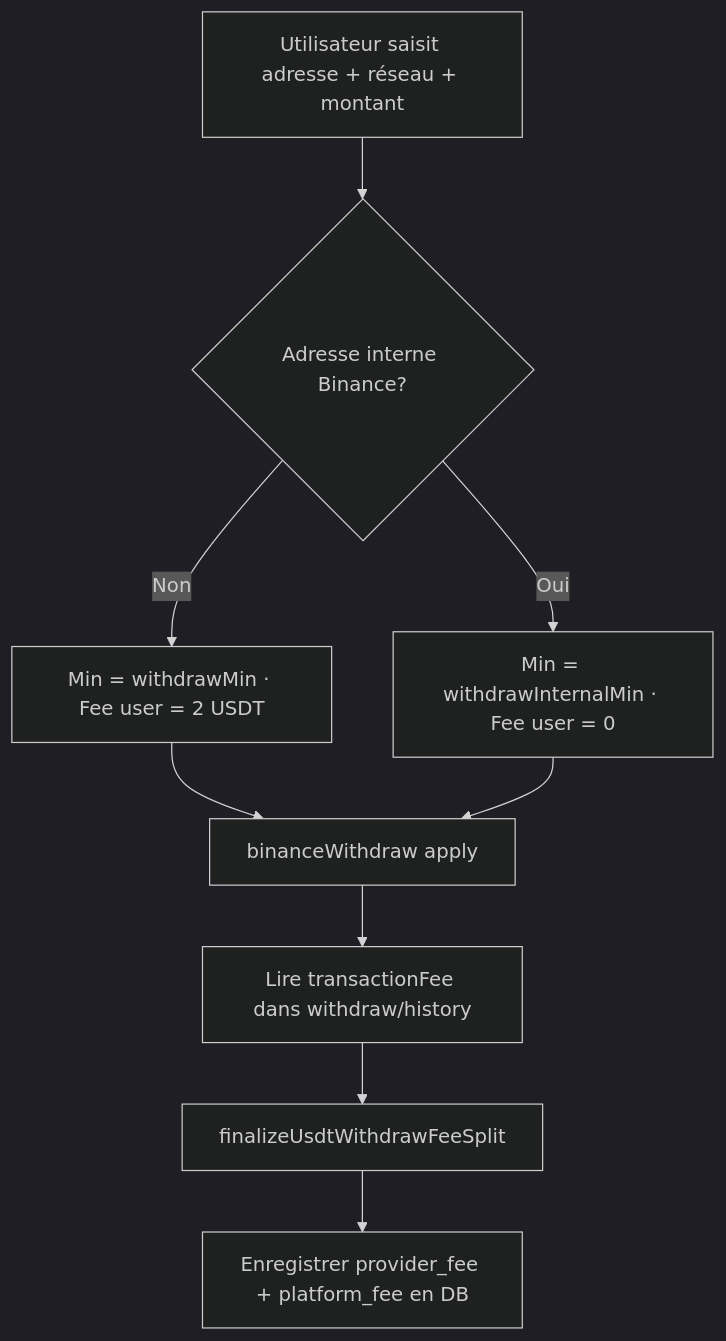
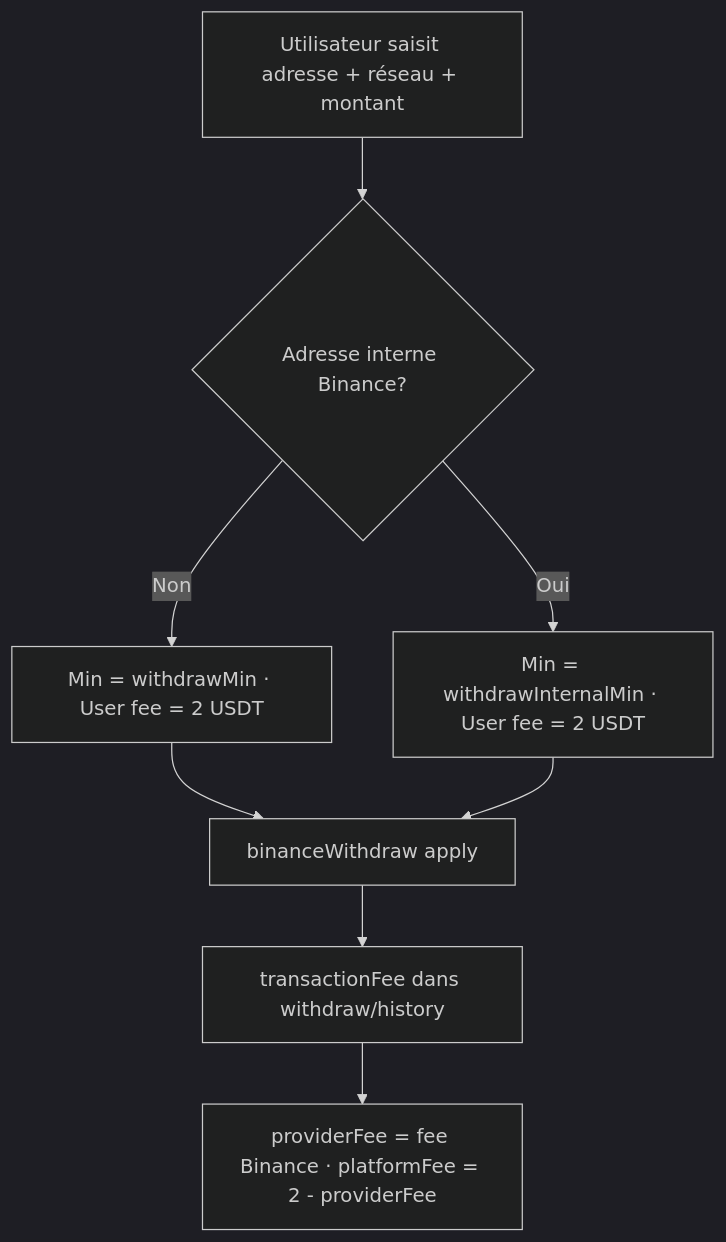
The diagram in docs/binance-withdraw-network-fees.md (Jeffbuleli/McBuleliP2P), drawn with Mermaid (dark theme) before and after one commit. The commit also changed other lines of this file and 6 other files, not shown here.

First line of the commit message:
fix(wallet): keep 2 USDT user fee on all USDT withdrawals

````diff
--- a/docs/binance-withdraw-network-fees.md
+++ b/docs/binance-withdraw-network-fees.md
@@ -198,11 +202,10 @@
 ```mermaid
 flowchart TD
   A[Utilisateur saisit adresse + réseau + montant] --> B{Adresse interne Binance?}
-  B -->|Non| C[Min = withdrawMin · Fee user = 2 USDT]
-  B -->|Oui| D[Min = withdrawInternalMin · Fee user = 0]
+  B -->|Non| C[Min = withdrawMin · User fee = 2 USDT]
+  B -->|Oui| D[Min = withdrawInternalMin · User fee = 2 USDT]
   C --> E[binanceWithdraw apply]
   D --> E
-  E --> F[Lire transactionFee dans withdraw/history]
-  F --> G[finalizeUsdtWithdrawFeeSplit]
-  G --> H[Enregistrer provider_fee + platform_fee en DB]
+  E --> F[transactionFee dans withdraw/history]
+  F --> G[providerFee = fee Binance · platformFee = 2 - providerFee]
 ```
````
